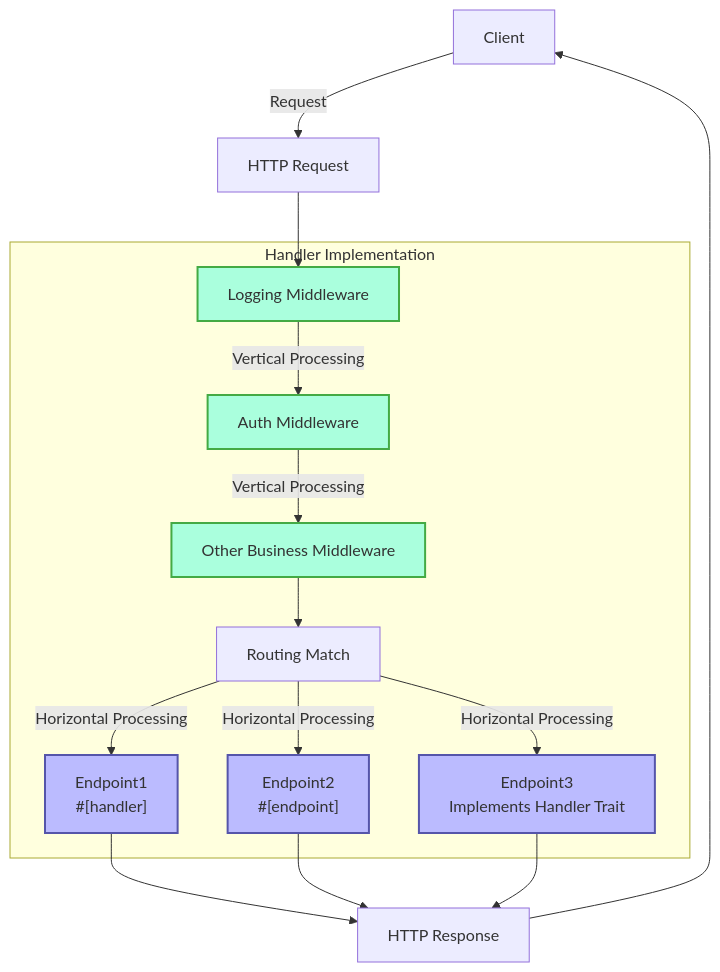
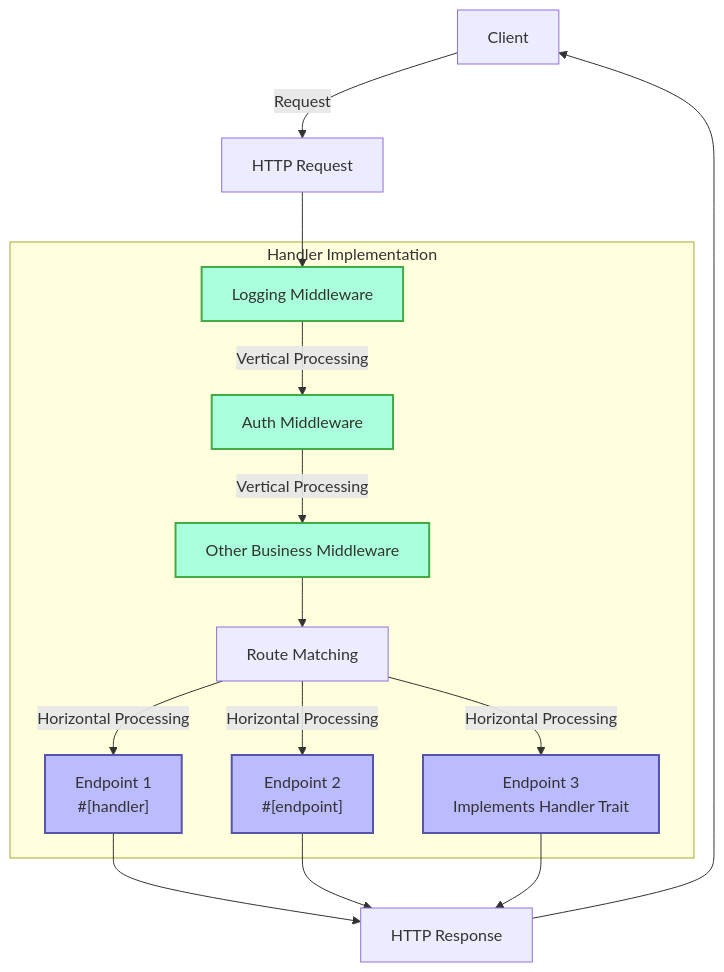
The first of 2 diagrams in docs/en/guide/concepts/handler.mdx (salvo-rs/website), drawn with Mermaid before and after one commit. The commit also changed other lines of this file and 1062 other files, not shown here.

````diff
--- a/docs/en/guide/concepts/handler.mdx
+++ b/docs/en/guide/concepts/handler.mdx
@@ -15,25 +15,25 @@
-```mermaid  
-flowchart TD  
-    Client[Client] -->|Request| Request[HTTP Request]  
-    Request --> M1  
+```mermaid
+flowchart TD
+    Client[Client] -->|Request| Request[HTTP Request]
+    Request --> M1
 
-    subgraph "Handler Implementation"  
-        M1[Logging Middleware] -->|Vertical Processing| M2[Auth Middleware] -->|Vertical Processing| M3[Other Business Middleware]  
-        M3 --> Router[Routing Match]  
+    subgraph "Handler Implementation"
+        M1[Logging Middleware] -->|Vertical Processing| M2[Auth Middleware] -->|Vertical Processing| M3[Other Business Middleware]
+        M3 --> Router[Route Matching]
 
-        Router -->|Horizontal Processing| E1["Endpoint1<br>#[handler]"]  
-        Router -->|Horizontal Processing| E2["Endpoint2<br>#[endpoint]"]  
-        Router -->|Horizontal Processing| E3["Endpoint3<br>Implements Handler Trait"]  
-    end  
+        Router -->|Horizontal Processing| E1["Endpoint 1<br>#[handler]"]
+        Router -->|Horizontal Processing| E2["Endpoint 2<br>#[endpoint]"]
+        Router -->|Horizontal Processing| E3["Endpoint 3<br>Implements Handler Trait"]
+    end
 
-    E1 --> Response[HTTP Response]  
-    E2 --> Response  
-    E3 --> Response  
-    Response --> Client  
+    E1 --> Response[HTTP Response]
+    E2 --> Response
+    E3 --> Response
+    Response --> Client
 
-    classDef middleware fill:#afd,stroke:#4a4,stroke-width:2px;  
-    classDef endpoint fill:#bbf,stroke:#55a,stroke-width:2px;  
+    classDef middleware fill:#afd,stroke:#4a4,stroke-width:2px;
+    classDef endpoint fill:#bbf,stroke:#55a,stroke-width:2px;
 
-    class M1,M2,M3 middleware;  
-    class E1,E2,E3 endpoint;  
-```  
+    class M1,M2,M3 middleware;
+    class E1,E2,E3 endpoint;
+```
````
